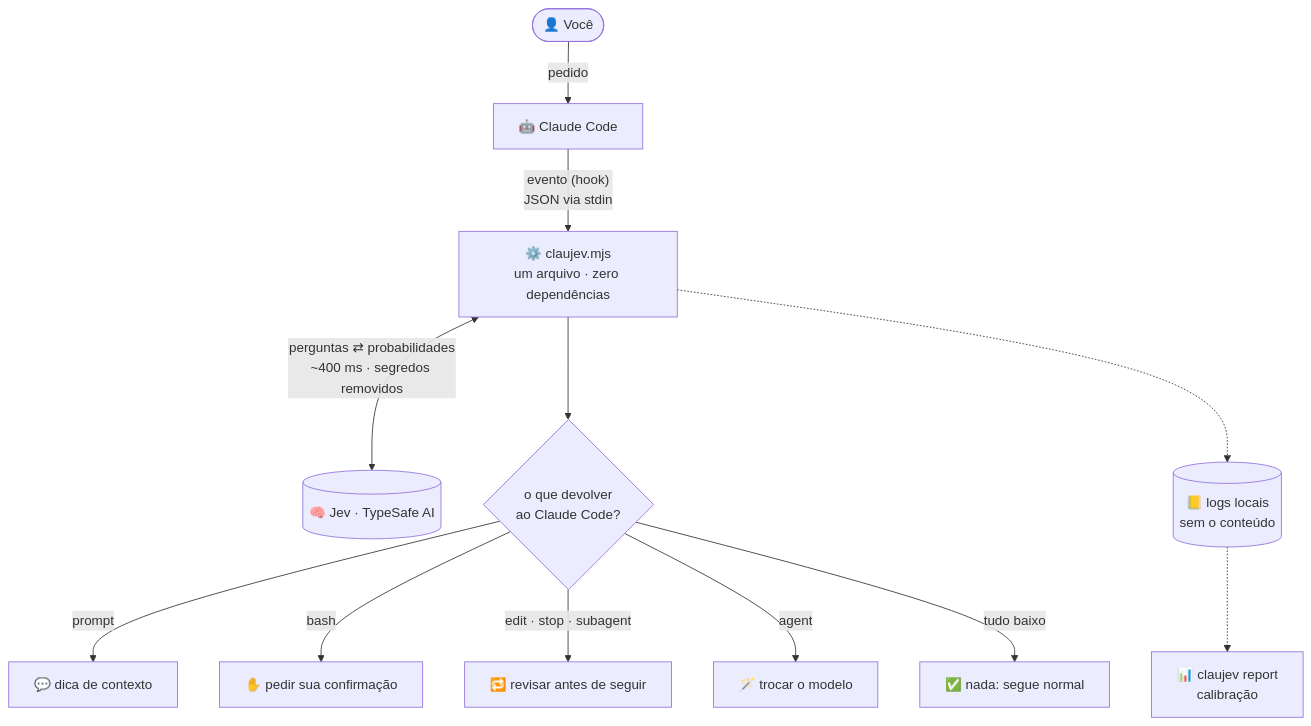
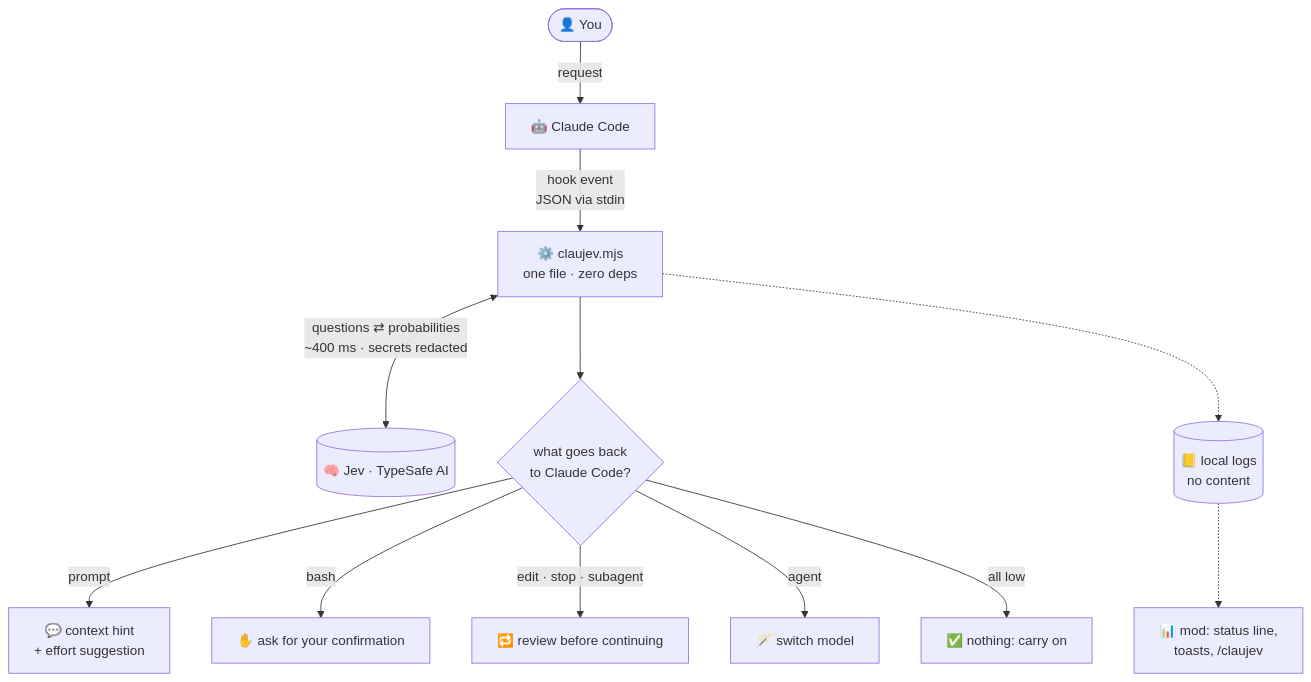
Before and after one commit to Civalski/claujev: the first of 4 diagrams in README.md, drawn with Mermaid. The commit also changed other lines of this file and 28 other files, not shown here.

First line of the commit message:
ClauJev 2.0: plugin do Claude Code, mod com esforço automático, skill e inglês

````diff
--- a/README.md
+++ b/README.md
@@ -80,14 +100,14 @@
 ```mermaid
 flowchart TB
-    U(["👤 Você"]) -->|pedido| CC["🤖 Claude Code"]
-    CC -->|"evento (hook)<br/>JSON via stdin"| CJ["⚙️ claujev.mjs<br/>um arquivo · zero dependências"]
-    CJ <-->|"perguntas ⇄ probabilidades<br/>~400 ms · segredos removidos"| JEV[("🧠 Jev · TypeSafe AI")]
-    CJ --> R{"o que devolver<br/>ao Claude Code?"}
-    R -->|"prompt"| A1["💬 dica de contexto"]
-    R -->|"bash"| A2["✋ pedir sua confirmação"]
-    R -->|"edit · stop · subagent"| A3["🔁 revisar antes de seguir"]
-    R -->|"agent"| A4["🪄 trocar o modelo"]
-    R -->|"tudo baixo"| A5["✅ nada: segue normal"]
-    CJ -.-> LOG[("📒 logs locais<br/>sem o conteúdo")]
-    LOG -.-> REP["📊 claujev report<br/>calibração"]
+    U(["👤 You"]) -->|request| CC["🤖 Claude Code"]
+    CC -->|"hook event<br/>JSON via stdin"| CJ["⚙️ claujev.mjs<br/>one file · zero deps"]
+    CJ <-->|"questions ⇄ probabilities<br/>~400 ms · secrets redacted"| JEV[("🧠 Jev · TypeSafe AI")]
+    CJ --> R{"what goes back<br/>to Claude Code?"}
+    R -->|"prompt"| A1["💬 context hint<br/>+ effort suggestion"]
+    R -->|"bash"| A2["✋ ask for your confirmation"]
+    R -->|"edit · stop · subagent"| A3["🔁 review before continuing"]
+    R -->|"agent"| A4["🪄 switch model"]
+    R -->|"all low"| A5["✅ nothing: carry on"]
+    CJ -.-> LOG[("📒 local logs<br/>no content")]
+    LOG -.-> MOD["📊 mod: status line,<br/>toasts, /claujev"]
 ```
````
